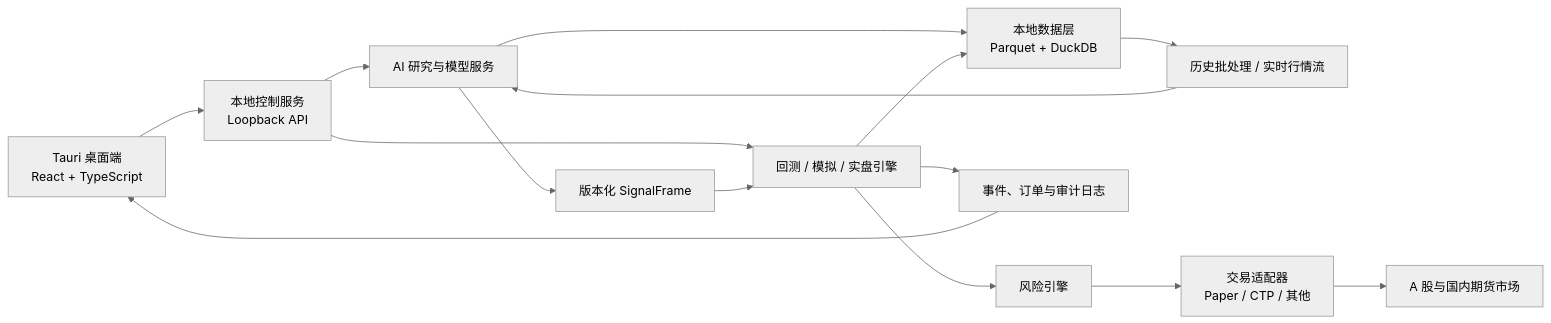
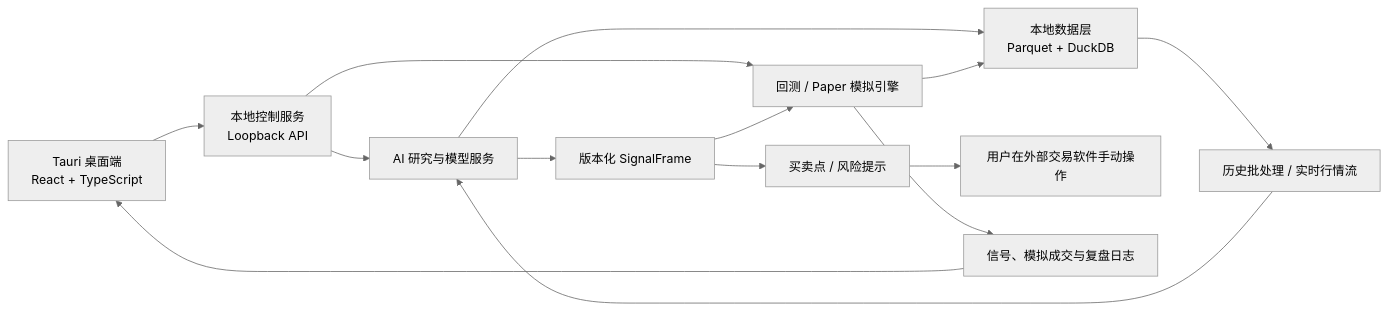
The diagram in README.md (Xiaogans1/AstraQuant), drawn with Mermaid (neutral theme) before and after one commit. The commit also changed other lines of this file and 9 other files, not shown here.

````diff
--- a/README.md
+++ b/README.md
@@ -35,17 +36,16 @@
 ```mermaid
 flowchart LR
     UI["Tauri 桌面端<br/>React + TypeScript"] --> API["本地控制服务<br/>Loopback API"]
     API --> Research["AI 研究与模型服务"]
-    API --> Engine["回测 / 模拟 / 实盘引擎"]
+    API --> Engine["回测 / Paper 模拟引擎"]
     Research --> Data["本地数据层<br/>Parquet + DuckDB"]
     Data --> Stream["历史批处理 / 实时行情流"]
     Stream --> Research
     Research --> Signal["版本化 SignalFrame"]
+    Signal --> Advice["买卖点 / 风险提示"]
     Signal --> Engine
     Engine --> Data
-    Engine --> Risk["风险引擎"]
-    Risk --> Gateway["交易适配器<br/>Paper / CTP / 其他"]
-    Gateway --> Market["A 股与国内期货市场"]
-    Engine --> Audit["事件、订单与审计日志"]
+    Advice --> Manual["用户在外部交易软件手动操作"]
+    Engine --> Audit["信号、模拟成交与复盘日志"]
     Audit --> UI
 ```
````
